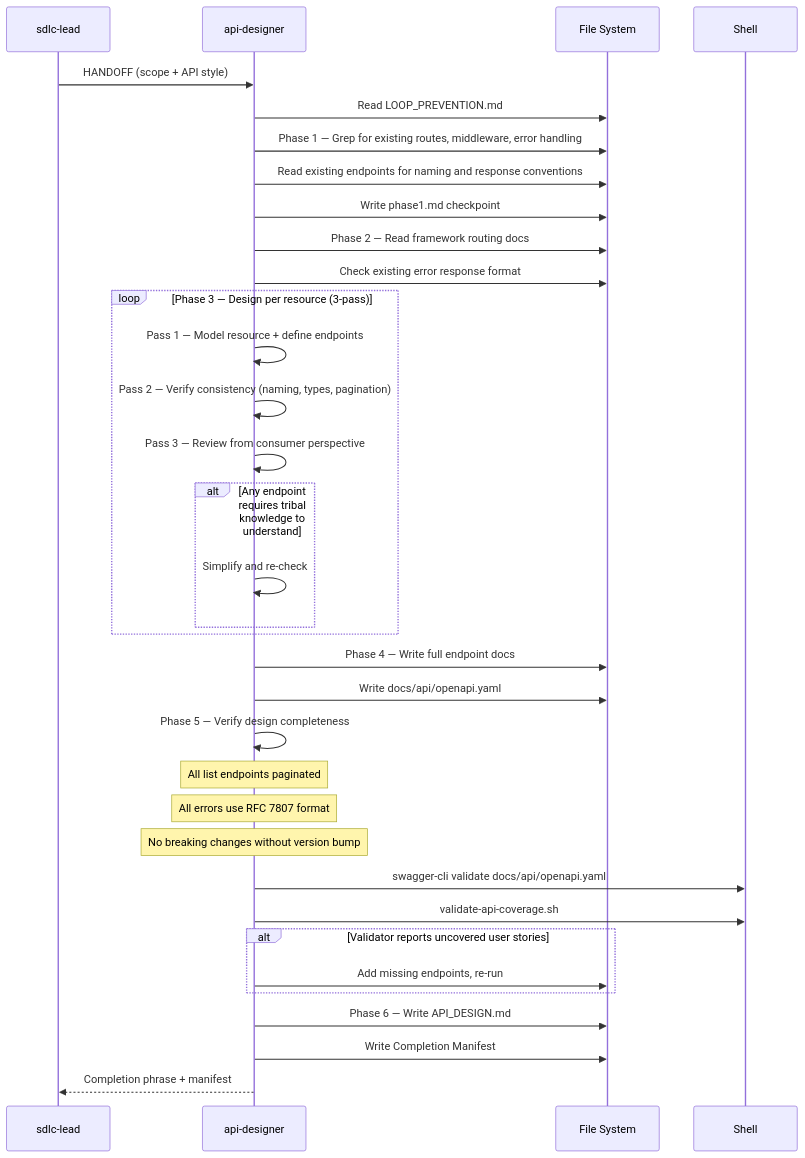
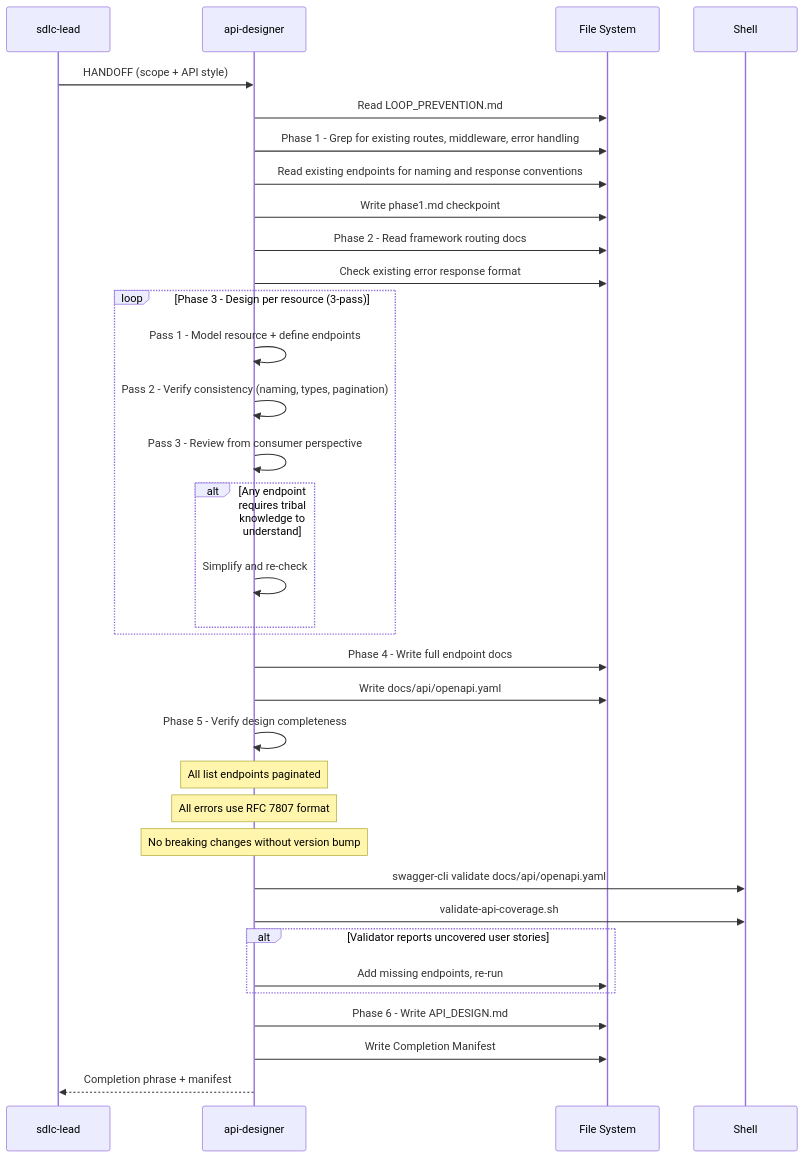
The diagram in docs/review/05-agents/10-api-designer.md (bpmforge/attest), drawn with Mermaid before and after one commit. The commit also changed 28 other files, not shown here.

First line of the commit message:
docs: refresh all docs for v1.1-v1.6 + autofix mermaid in review book

````diff
--- a/docs/review/05-agents/10-api-designer.md
+++ b/docs/review/05-agents/10-api-designer.md
@@ -13,43 +13,43 @@
 ```mermaid
 sequenceDiagram
     participant LEAD as sdlc-lead
     participant API as api-designer
     participant FS as File System
     participant SH as Shell
 
     LEAD->>API: HANDOFF (scope + API style)
     API->>FS: Read LOOP_PREVENTION.md
-    API->>FS: Phase 1 — Grep for existing routes, middleware, error handling
+    API->>FS: Phase 1 - Grep for existing routes, middleware, error handling
     API->>FS: Read existing endpoints for naming and response conventions
     API->>FS: Write phase1.md checkpoint
 
-    API->>FS: Phase 2 — Read framework routing docs
+    API->>FS: Phase 2 - Read framework routing docs
     API->>FS: Check existing error response format
 
-    loop Phase 3 — Design per resource (3-pass)
-        API->>API: Pass 1 — Model resource + define endpoints
-        API->>API: Pass 2 — Verify consistency (naming, types, pagination)
-        API->>API: Pass 3 — Review from consumer perspective
+    loop Phase 3 - Design per resource (3-pass)
+        API->>API: Pass 1 - Model resource + define endpoints
+        API->>API: Pass 2 - Verify consistency (naming, types, pagination)
+        API->>API: Pass 3 - Review from consumer perspective
         alt Any endpoint requires tribal knowledge to understand
             API->>API: Simplify and re-check
         end
     end
 
-    API->>FS: Phase 4 — Write full endpoint docs
+    API->>FS: Phase 4 - Write full endpoint docs
     API->>FS: Write docs/api/openapi.yaml
 
-    API->>API: Phase 5 — Verify design completeness
+    API->>API: Phase 5 - Verify design completeness
     Note over API: All list endpoints paginated
     Note over API: All errors use RFC 7807 format
     Note over API: No breaking changes without version bump
 
     API->>SH: swagger-cli validate docs/api/openapi.yaml
     API->>SH: validate-api-coverage.sh
     alt Validator reports uncovered user stories
         API->>FS: Add missing endpoints, re-run
     end
 
-    API->>FS: Phase 6 — Write API_DESIGN.md
+    API->>FS: Phase 6 - Write API_DESIGN.md
     API->>FS: Write Completion Manifest
     API-->>LEAD: Completion phrase + manifest
 ```
````
